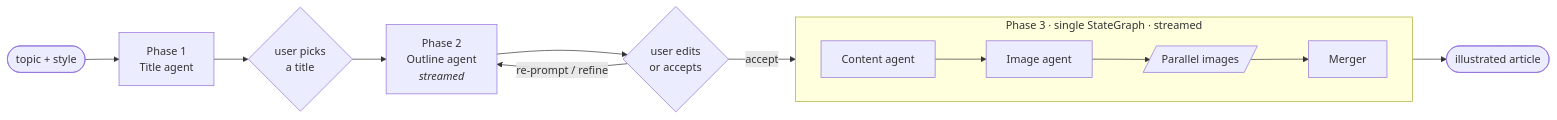
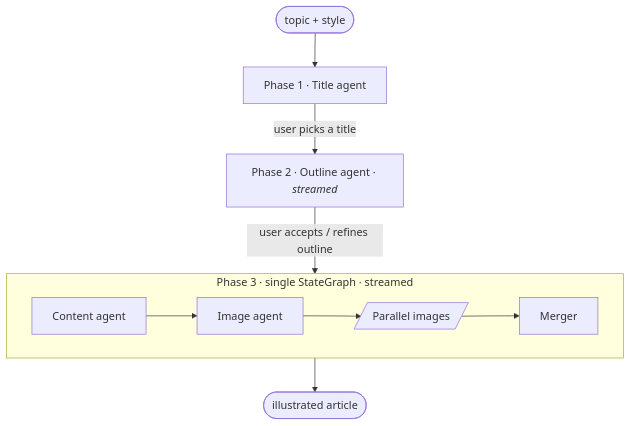
One commit to zxuhan/folio-writer changed the first of 2 diagrams in README.md. Above: the diagram before and after it, drawn with Mermaid.

Commit message:
Stack pre/post Phase 3 vertically, keep Phase 3 horizontal

````diff
--- a/README.md
+++ b/README.md
@@ -35,17 +35,13 @@
 ```mermaid
-flowchart LR
-    Start([topic + style]) --> P1
-    P1[Phase 1<br/>Title agent] --> Pick{user picks<br/>a title}
-    Pick --> P2
-    P2[Phase 2<br/>Outline agent<br/><i>streamed</i>] --> Edit{user edits<br/>or accepts}
-    Edit -->|re-prompt / refine| P2
-    Edit -->|accept| P3
+flowchart TB
+    Start([topic + style]) --> P1[Phase 1 · Title agent]
+    P1 -->|user picks a title| P2[Phase 2 · Outline agent · <i>streamed</i>]
+    P2 -->|user accepts / refines outline| P3
 
     subgraph P3 [Phase 3 · single StateGraph · streamed]
       direction LR
-      A3[Content agent] --> A4[Image agent]
-      A4 --> PAR[/Parallel images/]
-      PAR --> A5[Merger]
+      A3[Content agent] --> A4[Image agent] --> PAR[/Parallel images/] --> A5[Merger]
     end
+
     P3 --> Final([illustrated article])
 ```
````
